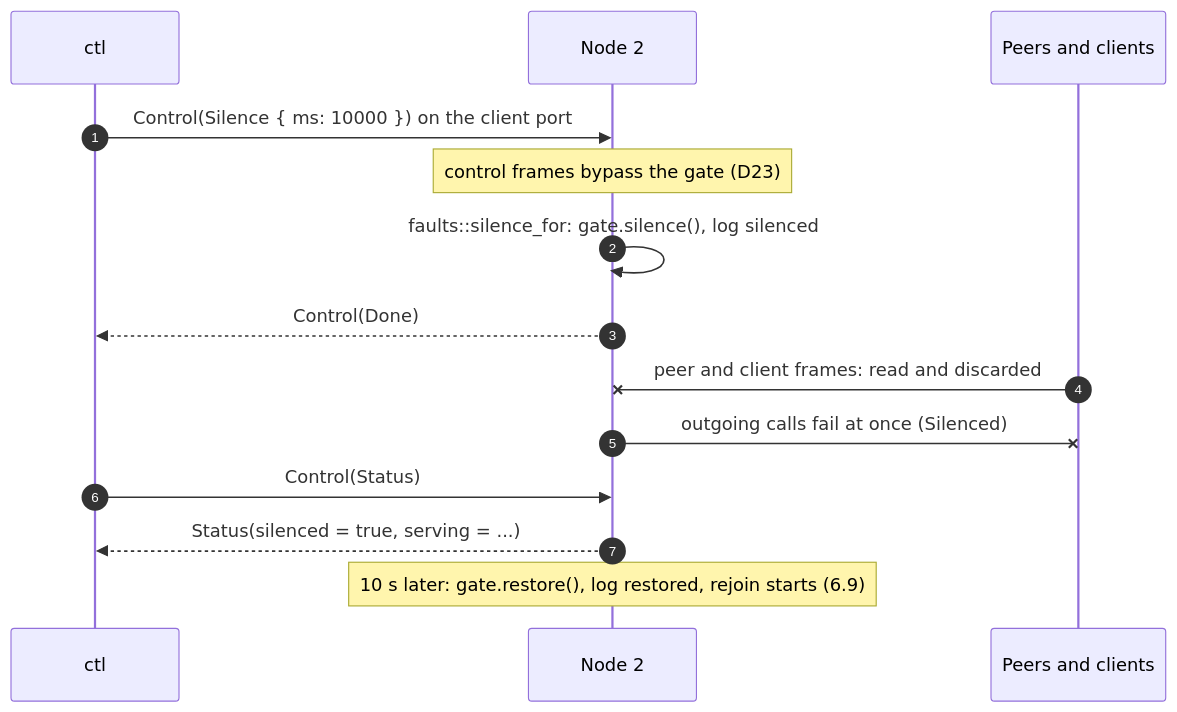
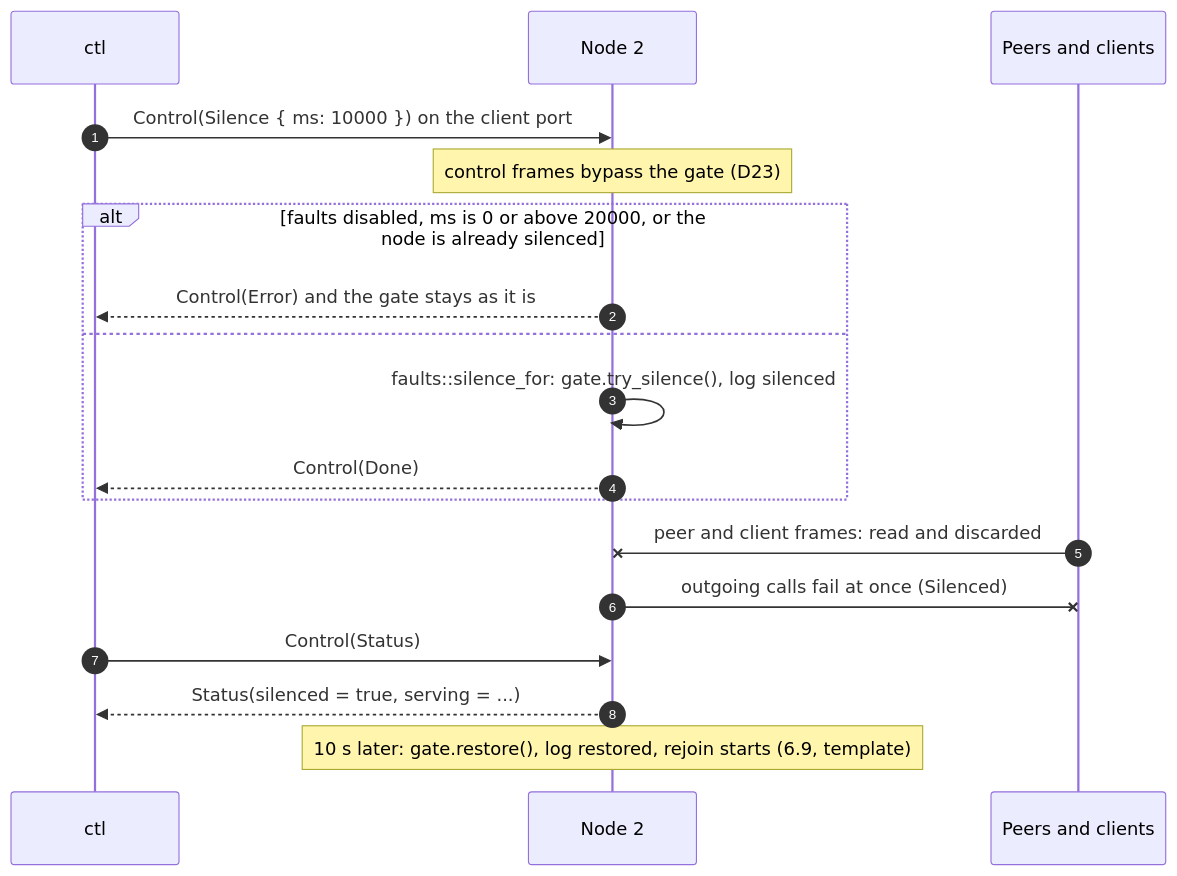
Diagram 16 of 26 in docs/architecture.md (noortaytoy1/DistributedSystems), drawn with Mermaid before and after one commit. The commit also changed other lines of this file and 11 other files, not shown here.

First line of the commit message:
Implement manual faults: ctl silence with limits and no overlap (#4)

````diff
--- a/docs/architecture.md
+++ b/docs/architecture.md
@@ -598,16 +598,20 @@
 ```mermaid
 sequenceDiagram
     autonumber
     participant OP as ctl
     participant N as Node 2
     participant P as Peers and clients
     OP->>N: Control(Silence { ms: 10000 }) on the client port
     Note over N: control frames bypass the gate (D23)
-    N->>N: faults::silence_for: gate.silence(), log silenced
-    N-->>OP: Control(Done)
+    alt faults disabled, ms is 0 or above 20000, or the node is already silenced
+        N-->>OP: Control(Error) and the gate stays as it is
+    else
+        N->>N: faults::silence_for: gate.try_silence(), log silenced
+        N-->>OP: Control(Done)
+    end
     P-xN: peer and client frames: read and discarded
     N-xP: outgoing calls fail at once (Silenced)
     OP->>N: Control(Status)
     N-->>OP: Status(silenced = true, serving = ...)
-    Note over N: 10 s later: gate.restore(), log restored, rejoin starts (6.9)
+    Note over N: 10 s later: gate.restore(), log restored, rejoin starts (6.9, template)
 ```
````
